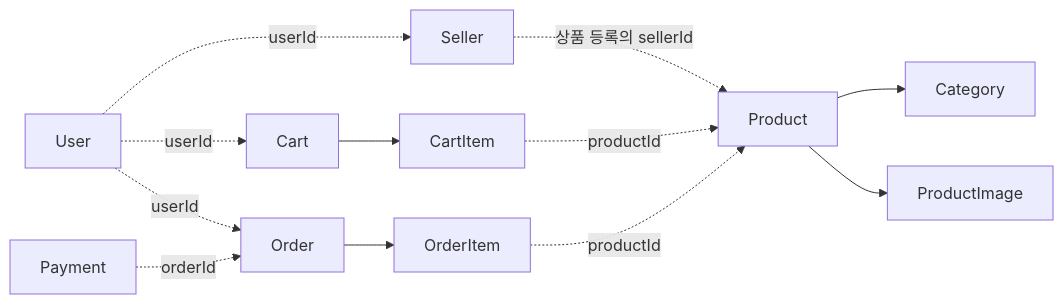
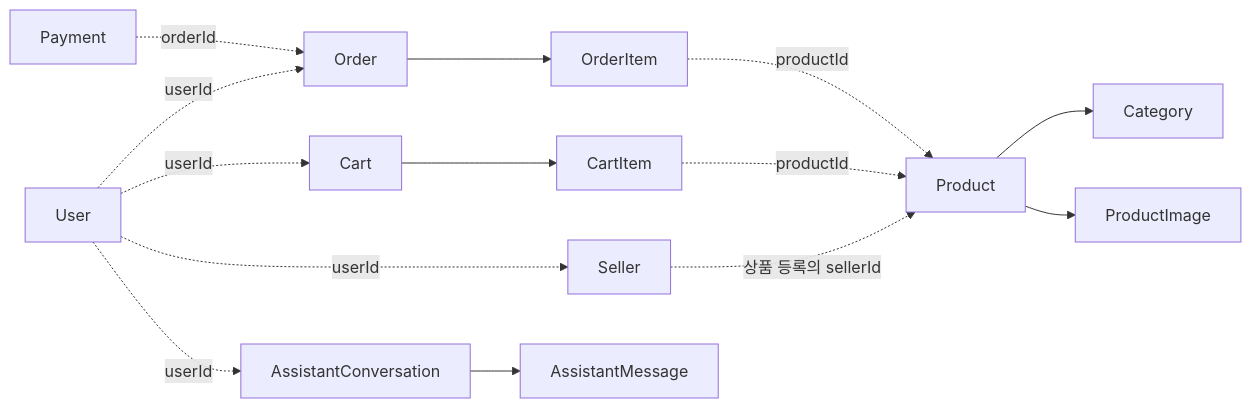
One commit to yeoeol/pagopa changed the second of 2 diagrams in README.md. Above: the diagram before and after it, drawn with Mermaid. The commit also changed other lines of this file, not shown here.

````diff
--- a/README.md
+++ b/README.md
@@ -70,14 +79,16 @@
 ```mermaid
 flowchart LR
     User["User"] -. "userId" .-> Seller["Seller"]
     User -. "userId" .-> Cart["Cart"]
     User -. "userId" .-> Order["Order"]
     Seller -. "상품 등록의 sellerId" .-> Product["Product"]
     Cart --> CartItem["CartItem"]
     CartItem -. "productId" .-> Product
     Order --> OrderItem["OrderItem"]
     OrderItem -. "productId" .-> Product
     Payment["Payment"] -. "orderId" .-> Order
     Product --> Category["Category"]
     Product --> ProductImage["ProductImage"]
+    User -. "userId" .-> AssistantConversation["AssistantConversation"]
+    AssistantConversation --> AssistantMessage["AssistantMessage"]
 ```
````
